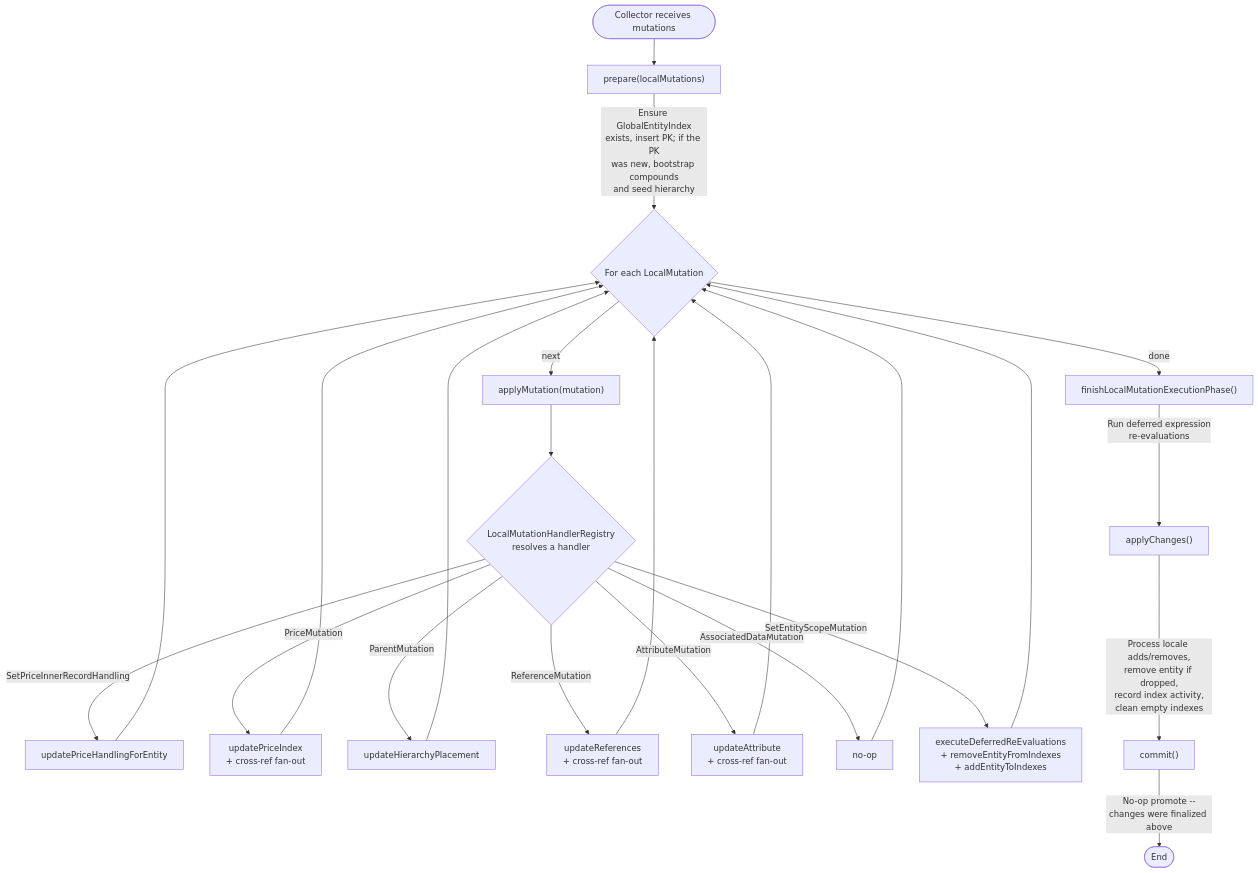
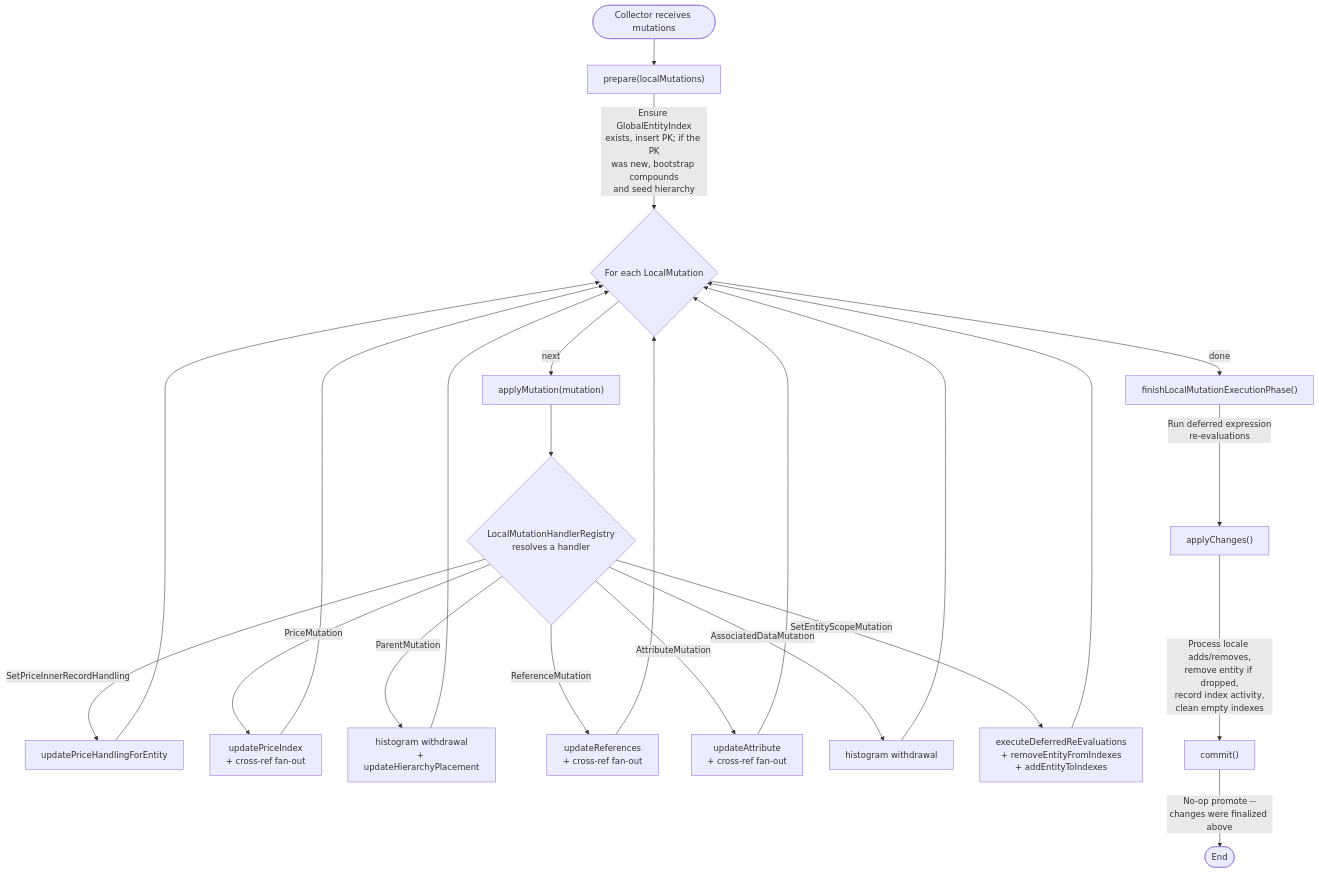
The first of 7 diagrams in documentation/developer/indexes/mutation-flow.md (FgForrest/evitaDB), drawn with Mermaid before and after one commit. The commit also changed other lines of this file and 16 other files, not shown here.

````diff
--- a/documentation/developer/indexes/mutation-flow.md
+++ b/documentation/developer/indexes/mutation-flow.md
@@ -40,31 +40,31 @@
 ```mermaid
 flowchart TD
     START([Collector receives mutations]) --> PREPARE
     PREPARE["prepare(localMutations)"]
     PREPARE -->|" Ensure GlobalEntityIndex\nexists, insert PK; if the PK\nwas new, bootstrap compounds\nand seed hierarchy "| LOOP
     LOOP{"For each LocalMutation"}
     LOOP -->|next| APPLY["applyMutation(mutation)"]
     APPLY --> DISPATCH{"LocalMutationHandlerRegistry\nresolves a handler"}
     DISPATCH -->|SetPriceInnerRecordHandling| PIRH[updatePriceHandlingForEntity]
     DISPATCH -->|PriceMutation| PRICE[updatePriceIndex\n+ cross-ref fan-out]
-    DISPATCH -->|ParentMutation| HIER[updateHierarchyPlacement]
+    DISPATCH -->|ParentMutation| HIER["histogram withdrawal\n+ updateHierarchyPlacement"]
     DISPATCH -->|ReferenceMutation| REF["updateReferences\n+ cross-ref fan-out"]
     DISPATCH -->|AttributeMutation| ATTR["updateAttribute\n+ cross-ref fan-out"]
-    DISPATCH -->|AssociatedDataMutation| NOP[no-op]
+    DISPATCH -->|AssociatedDataMutation| ADATA[histogram withdrawal]
     SCOPE["executeDeferredReEvaluations\n+ removeEntityFromIndexes\n+ addEntityToIndexes"]
     DISPATCH -->|SetEntityScopeMutation| SCOPE
     PIRH --> LOOP
     PRICE --> LOOP
     HIER --> LOOP
     REF --> LOOP
     ATTR --> LOOP
-    NOP --> LOOP
+    ADATA --> LOOP
     SCOPE --> LOOP
     LOOP -->|done| FINISH
     FINISH["finishLocalMutationExecutionPhase()"]
     FINISH -->|" Run deferred expression\nre-evaluations "| CHANGES
     CHANGES["applyChanges()"]
     CHANGES -->|" Process locale adds/removes,\nremove entity if dropped,\nrecord index activity,\nclean empty indexes "| COMMIT
     COMMIT["commit()"]
     COMMIT -->|" No-op promote --\nchanges were finalized above "| DONE([End])
 ```
````
